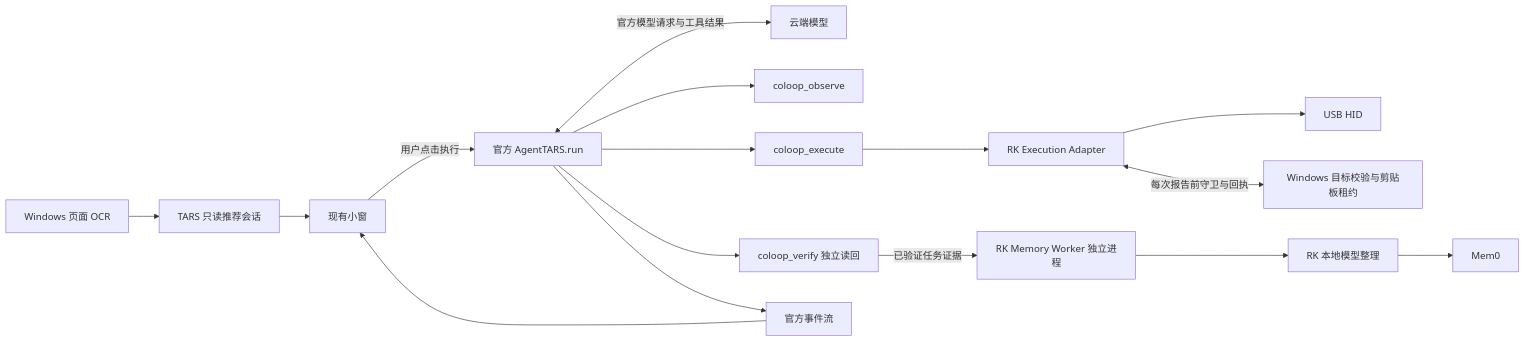
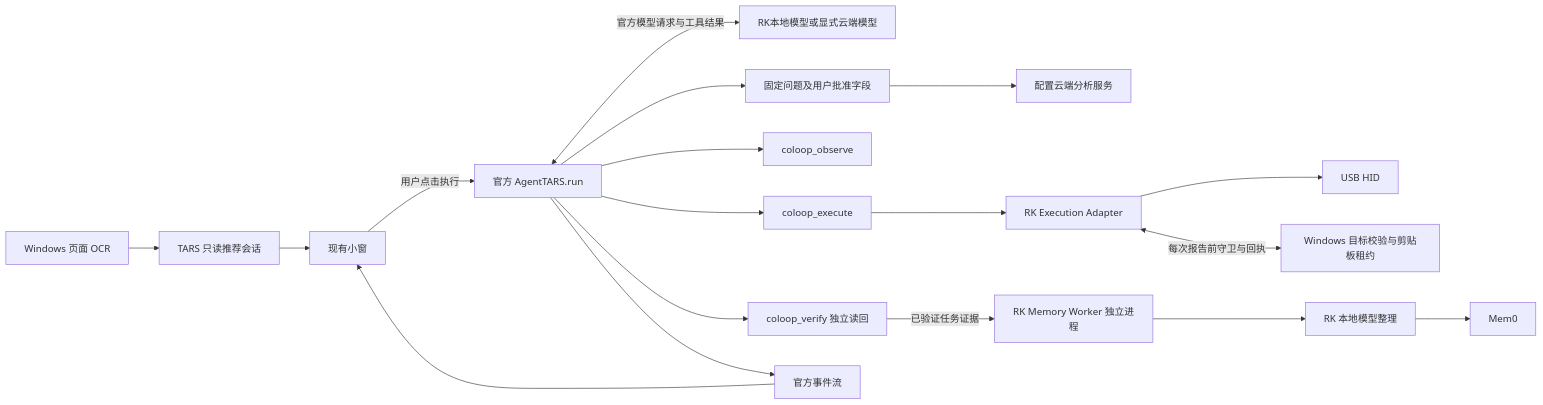
Before and after one commit to Coolenz/Coloop: the diagram in Coloop/docs/agent-tars-architecture.md, drawn with Mermaid. The commit also changed other lines of this file and 212 other files, not shown here.

````diff
--- a/Coloop/docs/agent-tars-architecture.md
+++ b/Coloop/docs/agent-tars-architecture.md
@@ -16,18 +18,20 @@
 ```mermaid
 flowchart LR
   OCR[Windows 页面 OCR] --> Read[TARS 只读推荐会话]
   Read --> Island[现有小窗]
   Island -->|用户点击执行| TARS[官方 AgentTARS.run]
-  TARS <-->|官方模型请求与工具结果| Cloud[云端模型]
+  TARS <-->|官方模型请求与工具结果| Model[RK本地模型或显式云端模型]
+  TARS --> Consult[固定问题及用户批准字段]
+  Consult --> Cloud[配置云端分析服务]
   TARS --> Observe[coloop_observe]
   TARS --> Execute[coloop_execute]
   Execute --> RK[RK Execution Adapter]
   RK --> USB[USB HID]
   RK <-->|每次报告前守卫与回执| Host[Windows 目标校验与剪贴板租约]
   TARS --> Verify[coloop_verify 独立读回]
   Verify -->|已验证任务证据| Worker[RK Memory Worker 独立进程]
   Worker --> Local[RK 本地模型整理]
   Local --> Mem0[Mem0]
   TARS --> Events[官方事件流]
   Events --> Island
 ```
````
